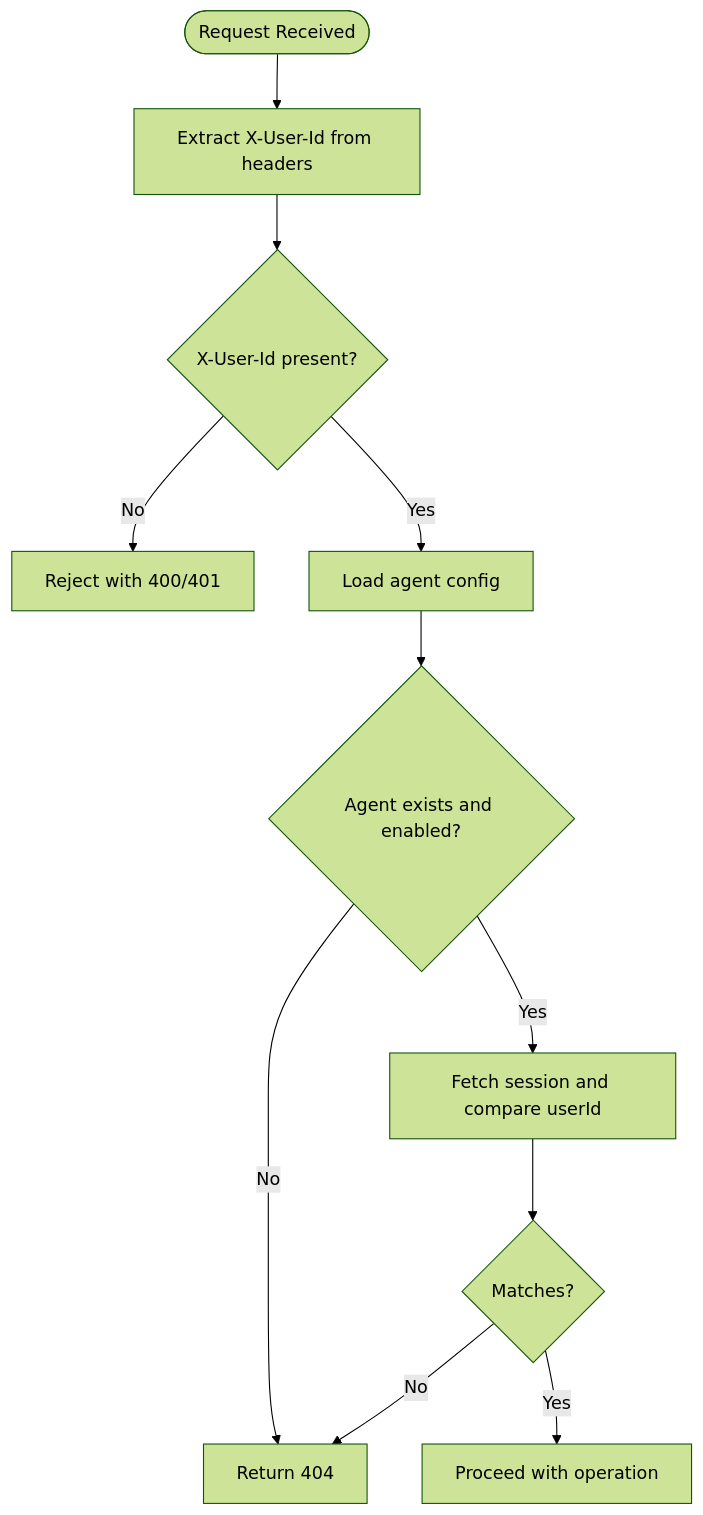
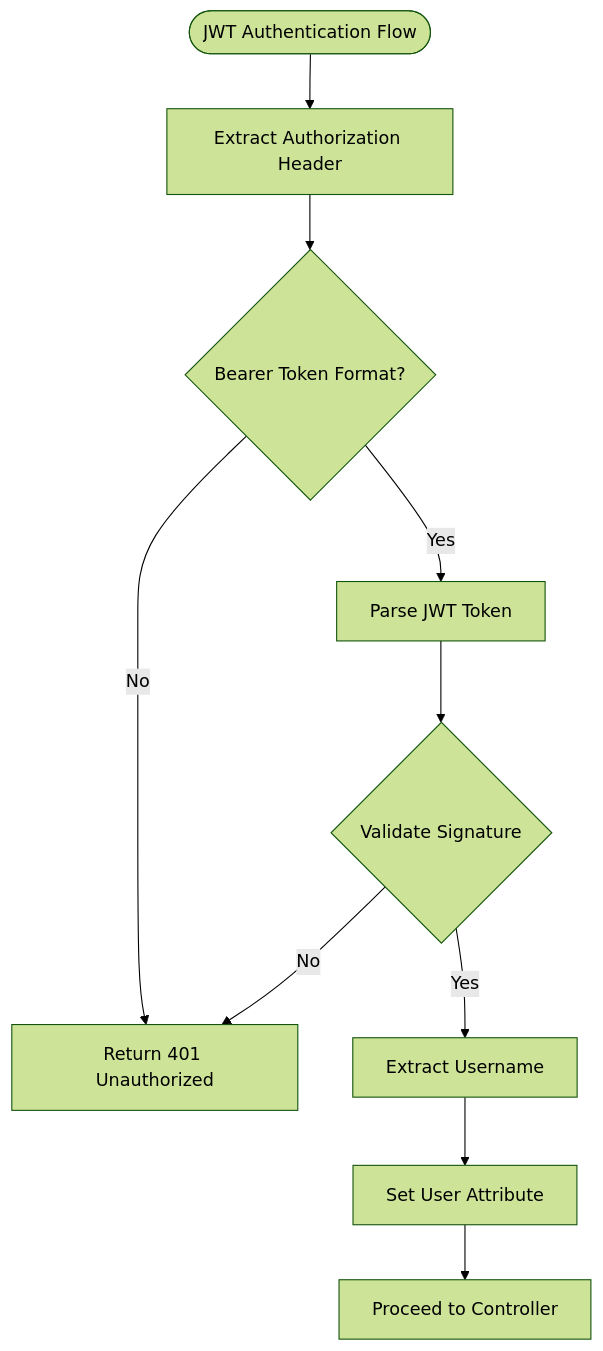
Before and after one commit to alibaba/tron-one-agent: the fourth of 8 diagrams in .qoder/repowiki/en/content/API Reference/Authentication and Authorization.md, drawn with Mermaid (forest theme). The commit also changed other lines of this file and 13 other files, not shown here.

````diff
--- a/.qoder/repowiki/en/content/API Reference/Authentication and Authorization.md
+++ b/.qoder/repowiki/en/content/API Reference/Authentication and Authorization.md
@@ -157,13 +172,12 @@
 ```mermaid
 flowchart TD
-Start(["Request Received"]) --> Extract["Extract X-User-Id from headers"]
-Extract --> HasId{"X-User-Id present?"}
-HasId --> |No| Reject["Reject with 400/401"]
-HasId --> |Yes| LoadAgent["Load agent config"]
-LoadAgent --> AgentFound{"Agent exists and enabled?"}
-AgentFound --> |No| NotFound["Return 404"]
-AgentFound --> |Yes| CheckOwnership["Fetch session and compare userId"]
-CheckOwnership --> Match{"Matches?"}
-Match --> |No| NotFound
-Match --> |Yes| Proceed["Proceed with operation"]
+Start(["JWT Authentication Flow"]) --> Header["Extract Authorization Header"]
+Header --> ValidFormat{"Bearer Token Format?"}
+ValidFormat --> |No| Unauthorized["Return 401 Unauthorized"]
+ValidFormat --> |Yes| ParseToken["Parse JWT Token"]
+ParseToken --> ValidateSig{"Validate Signature"}
+ValidateSig --> |No| Unauthorized
+ValidateSig --> |Yes| ExtractUser["Extract Username"]
+ExtractUser --> SetAttr["Set User Attribute"]
+SetAttr --> Proceed["Proceed to Controller"]
 ```
````
